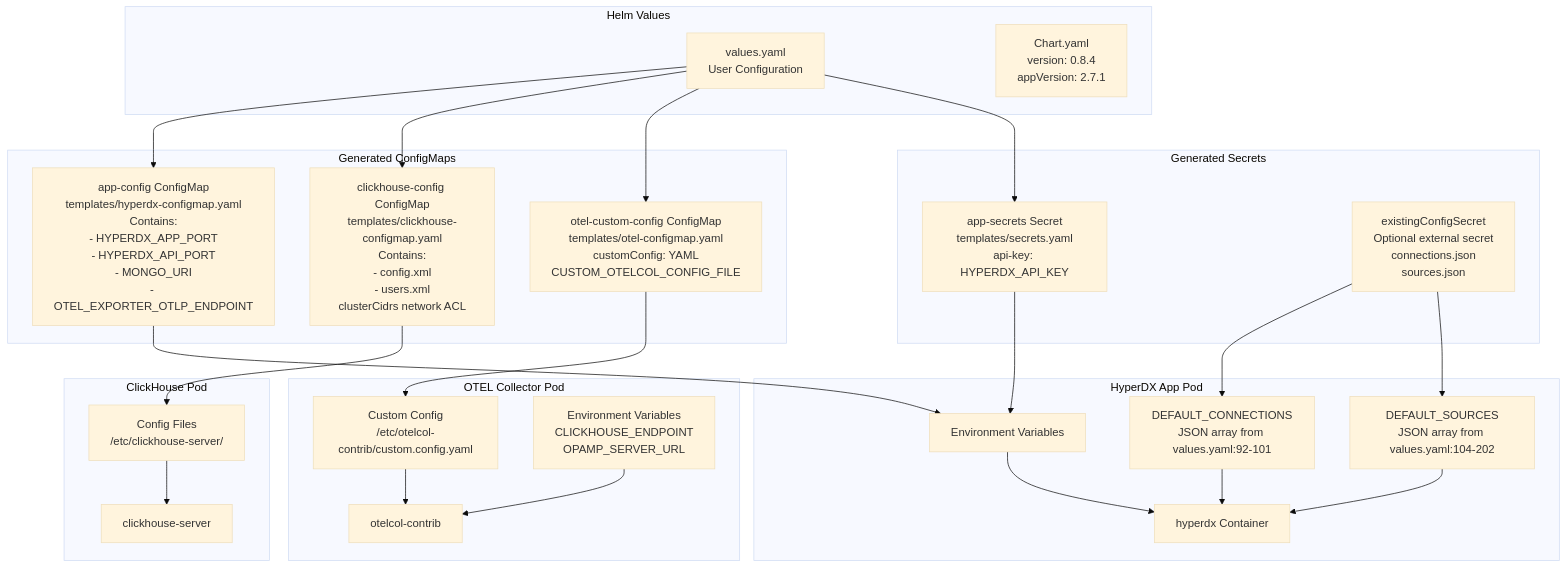
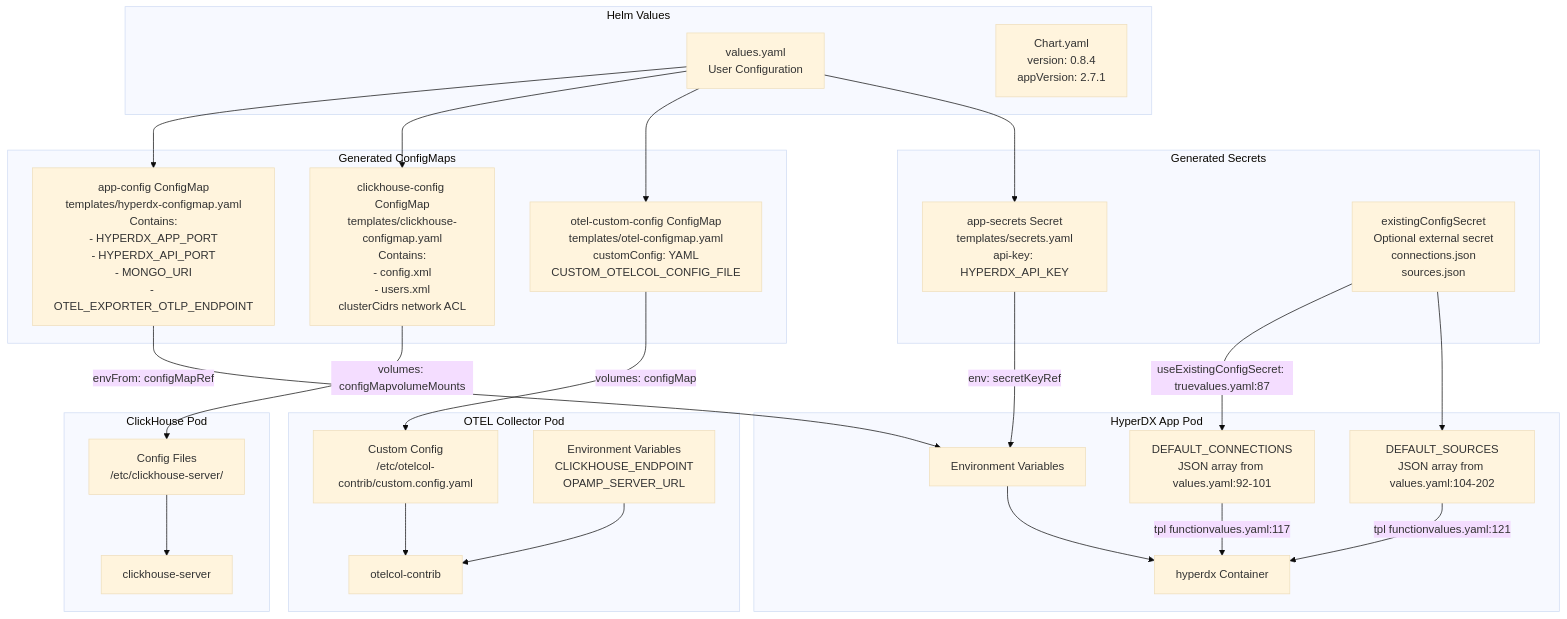
Before and after one commit to openchoreo/openchoreo: the fourth of 9 diagrams in docs/hyperdxio-helm-charts-docs/System-Architecture.md, drawn with Mermaid (base theme). The commit also changed other lines of this file and 85 other files, not shown here.

Commit message:
feat: Add new workflow and specification templates, update Helm chart dependencies, and clarify documentation diagrams.

````diff
--- a/docs/hyperdxio-helm-charts-docs/System-Architecture.md
+++ b/docs/hyperdxio-helm-charts-docs/System-Architecture.md
@@ -267,71 +267,71 @@
 ```mermaid
 flowchart TD
 
 ValuesYAML["values.yaml<br>User Configuration"]
 ChartYAML["Chart.yaml<br>version: 0.8.4<br>appVersion: 2.7.1"]
 AppConfigMap["app-config ConfigMap<br>templates/hyperdx-configmap.yaml<br>Contains:<br>- HYPERDX_APP_PORT<br>- HYPERDX_API_PORT<br>- MONGO_URI<br>- OTEL_EXPORTER_OTLP_ENDPOINT"]
 ClickhouseConfigMap["clickhouse-config ConfigMap<br>templates/clickhouse-configmap.yaml<br>Contains:<br>- config.xml<br>- users.xml<br>clusterCidrs network ACL"]
 OtelConfigMap["otel-custom-config ConfigMap<br>templates/otel-configmap.yaml<br>customConfig: YAML<br>CUSTOM_OTELCOL_CONFIG_FILE"]
 AppSecrets["app-secrets Secret<br>templates/secrets.yaml<br>api-key: HYPERDX_API_KEY"]
 ExternalSecret["existingConfigSecret<br>Optional external secret<br>connections.json<br>sources.json"]
 AppContainer["hyperdx Container"]
 EnvVars["Environment Variables"]
 DefaultConnections["DEFAULT_CONNECTIONS<br>JSON array from values.yaml:92-101"]
 DefaultSources["DEFAULT_SOURCES<br>JSON array from values.yaml:104-202"]
 CHContainer["clickhouse-server"]
 CHConfigFiles["Config Files<br>/etc/clickhouse-server/"]
 OtelContainer["otelcol-contrib"]
 OtelConfigFile["Custom Config<br>/etc/otelcol-contrib/custom.config.yaml"]
 OtelEnvVars["Environment Variables<br>CLICKHOUSE_ENDPOINT<br>OPAMP_SERVER_URL"]
 
 ValuesYAML --> AppConfigMap
 ValuesYAML --> ClickhouseConfigMap
 ValuesYAML --> OtelConfigMap
 ValuesYAML --> AppSecrets
-AppConfigMap --> EnvVars
-AppSecrets --> EnvVars
-ExternalSecret --> DefaultConnections
+AppConfigMap -->|"envFrom: configMapRef"| EnvVars
+AppSecrets -->|"env: secretKeyRef"| EnvVars
+ExternalSecret -->|"useExistingConfigSecret: truevalues.yaml:87"| DefaultConnections
 ExternalSecret --> DefaultSources
-ClickhouseConfigMap --> CHConfigFiles
-OtelConfigMap --> OtelConfigFile
+ClickhouseConfigMap -->|"volumes: configMapvolumeMounts"| CHConfigFiles
+OtelConfigMap -->|"volumes: configMap"| OtelConfigFile
 
 subgraph subGraph5 ["OTEL Collector Pod"]
     OtelContainer
     OtelConfigFile
     OtelEnvVars
     OtelConfigFile --> OtelContainer
     OtelEnvVars --> OtelContainer
 end
 
 subgraph subGraph4 ["ClickHouse Pod"]
     CHContainer
     CHConfigFiles
     CHConfigFiles --> CHContainer
 end
 
 subgraph subGraph3 ["HyperDX App Pod"]
     AppContainer
     EnvVars
     DefaultConnections
     DefaultSources
     EnvVars --> AppContainer
-    DefaultConnections --> AppContainer
-    DefaultSources --> AppContainer
+    DefaultConnections -->|"tpl functionvalues.yaml:117"| AppContainer
+    DefaultSources -->|"tpl functionvalues.yaml:121"| AppContainer
 end
 
 subgraph subGraph2 ["Generated Secrets"]
     AppSecrets
     ExternalSecret
 end
 
 subgraph subGraph1 ["Generated ConfigMaps"]
     AppConfigMap
     ClickhouseConfigMap
     OtelConfigMap
 end
 
 subgraph subGraph0 ["Helm Values"]
     ValuesYAML
     ChartYAML
 end
 ```
````
